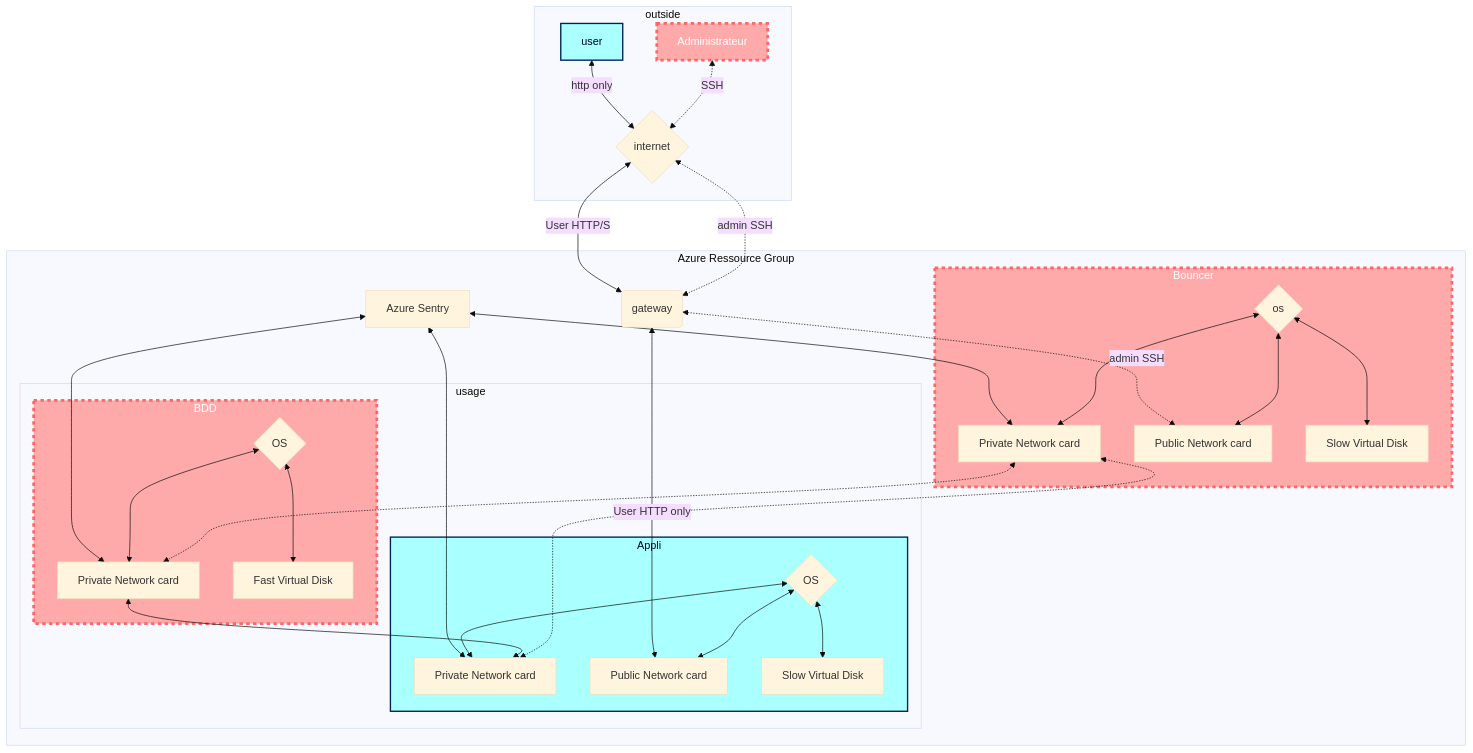
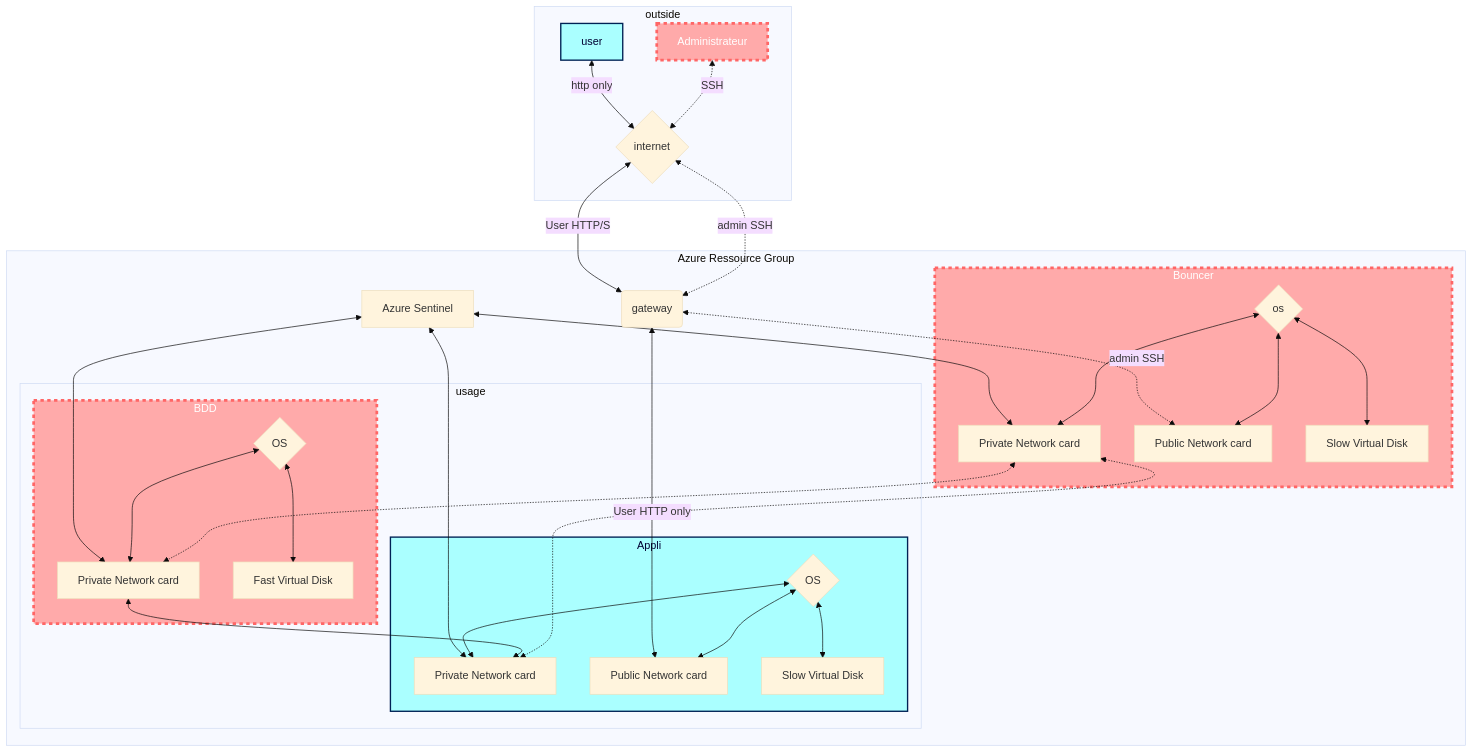
One commit to simplon-lanloBaptiste/Brief2_groupe3 changed the diagram in Collaborative note on Azure’s BDD VM's.md. Above: the diagram before and after it, drawn with Mermaid (base theme). The commit also changed other lines of this file, not shown here.

````diff
--- a/Collaborative note on Azure’s BDD VM's.md
+++ b/Collaborative note on Azure’s BDD VM's.md
@@ -18,75 +18,75 @@
 ```mermaid
 flowchart TD
 
     subgraph rg1 [Azure Ressource Group]
         
         subgraph use [usage]
 
         subgraph bdd1 [BDD]
             priv_1[Private Network card]
             virt_1[Fast Virtual Disk]
             os_1{OS}
         end
         
         subgraph app1 [Appli]
             priv_2[Private Network card]
             pub_2[Public Network card]
             virt_2[Slow Virtual Disk]
             os_2{OS}
         end
 
         end
 
         subgraph  admin1 [Bouncer]
             priv_3[Private Network card]
             pub_3[Public Network card]
             virt_3[Slow Virtual Disk]
             os_3{os}
         end
 
         gw(gateway)
-        sentry[Azure Sentry]
+        sentry[Azure Sentinel]
 
         
 
     end
     
     subgraph outside[outside]
         usr[user]
         admin[Administrateur]
         web{internet}
     end
 
     usr <-->|http only| web
     admin <-.->|SSH| web
     
     web <-->|User HTTP/S| gw
     web <-.->|admin SSH| gw
     
     gw <-->|User HTTP only| pub_2
     gw <-.->|admin SSH| pub_3
     sentry <--> priv_1 & priv_2 & priv_3
     
     os_1 <--> virt_1
     os_1 <--> priv_1
     
     os_2 <--> virt_2
     os_2 <--> priv_2
     os_2 <--> pub_2
 
     os_3 <--> virt_3
     os_3 <--> priv_3
     os_3 <--> pub_3
 
     priv_1 <--> priv_2
     priv_3 <-.-> priv_1 & priv_2
     
 
     classDef sec fill:#faa,stroke:#f66,stroke-width:4px,color:#fff,stroke-dasharray: 5 5;
     class admin,admin1,bdd1, sec;
     classDef prim fill:#aff,stroke:#025,stroke-width:2px,color:#003;
     class usr,app1, prim;
 
 
 
 ```
````
